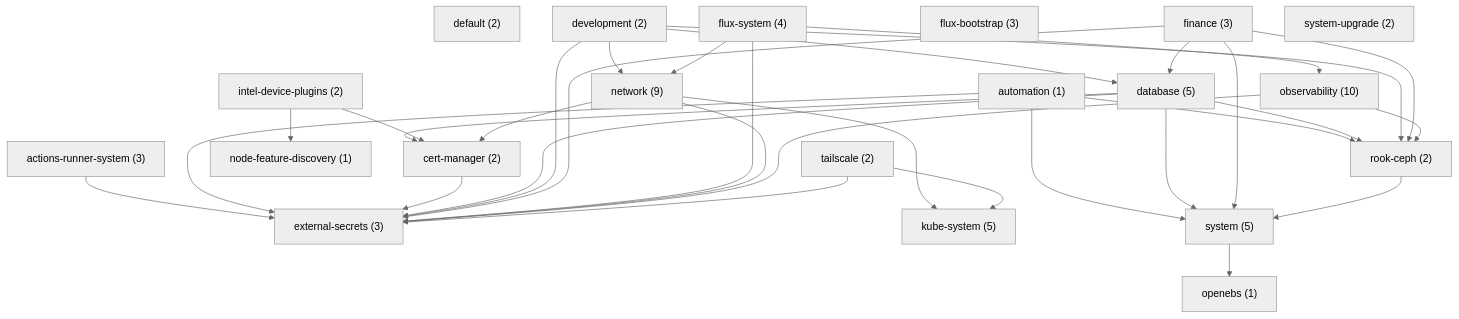
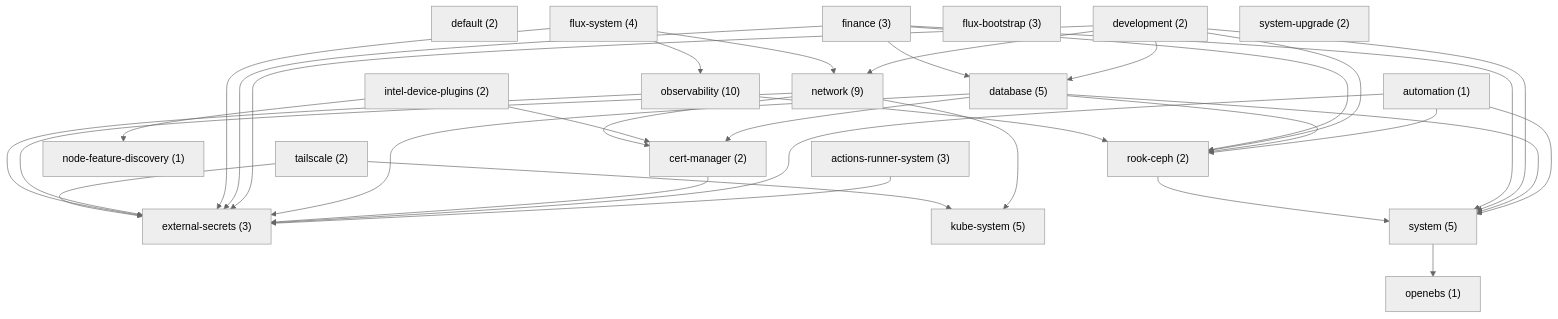
The first of 21 diagrams in docs/CLUSTER.md (qnimbus/home-lab), drawn with Mermaid (neutral theme) before and after one commit. The commit also changed other lines of this file and 3 other files, not shown here.

````diff
--- a/docs/CLUSTER.md
+++ b/docs/CLUSTER.md
@@ -907,54 +907,55 @@
 ```mermaid
 flowchart TD
   actions_runner_system["actions-runner-system (3)"]
   automation["automation (1)"]
   cert_manager["cert-manager (2)"]
   database["database (5)"]
   default["default (2)"]
   development["development (2)"]
   external_secrets["external-secrets (3)"]
   finance["finance (3)"]
   flux_bootstrap["flux-bootstrap (3)"]
   flux_system["flux-system (4)"]
   intel_device_plugins["intel-device-plugins (2)"]
   kube_system["kube-system (5)"]
   network["network (9)"]
   node_feature_discovery["node-feature-discovery (1)"]
   observability["observability (10)"]
   openebs["openebs (1)"]
   rook_ceph["rook-ceph (2)"]
   system["system (5)"]
   system_upgrade["system-upgrade (2)"]
   tailscale["tailscale (2)"]
   actions_runner_system --> external_secrets
   automation --> external_secrets
   automation --> rook_ceph
   automation --> system
   cert_manager --> external_secrets
   database --> cert_manager
   database --> external_secrets
   database --> rook_ceph
   database --> system
   development --> database
   development --> external_secrets
   development --> network
   development --> rook_ceph
+  development --> system
   finance --> database
   finance --> external_secrets
   finance --> rook_ceph
   finance --> system
   flux_system --> external_secrets
   flux_system --> network
   flux_system --> observability
   intel_device_plugins --> cert_manager
   intel_device_plugins --> node_feature_discovery
   network --> cert_manager
   network --> external_secrets
   network --> kube_system
   observability --> external_secrets
   observability --> rook_ceph
   rook_ceph --> system
   system --> openebs
   tailscale --> external_secrets
   tailscale --> kube_system
 ```
````
